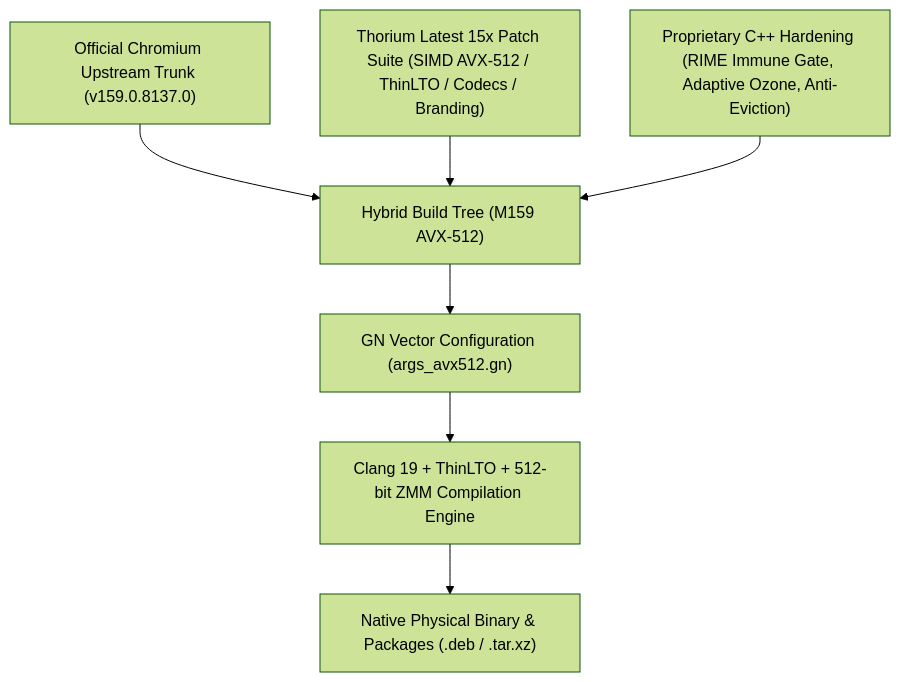
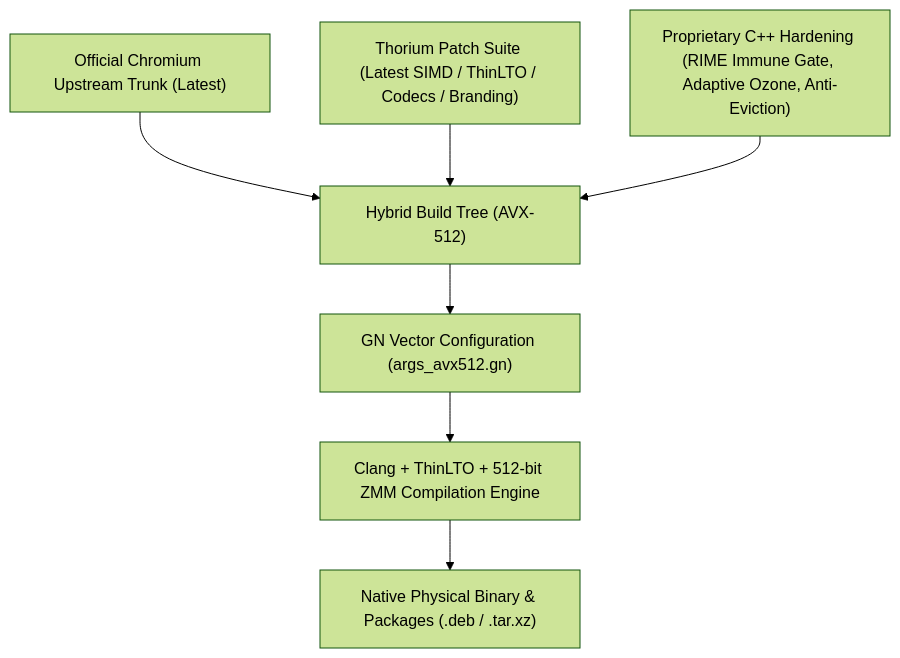
One commit to obhasashare2024-namo/thorium-avx512-rime changed the diagram in README.md. Above: the diagram before and after it, drawn with Mermaid (forest theme). The commit also changed other lines of this file and 2 other files, not shown here.

Commit message:
docs: generalize hybrid compilation description without hardcoded version numbers

````diff
--- a/README.md
+++ b/README.md
@@ -22,9 +26,9 @@
 ```mermaid
 graph TD
-    A["Official Chromium Upstream Trunk (v159.0.8137.0)"] --> D["Hybrid Build Tree (M159 AVX-512)"]
-    B["Thorium Latest 15x Patch Suite (SIMD AVX-512 / ThinLTO / Codecs / Branding)"] --> D
+    A["Official Chromium Upstream Trunk (Latest)"] --> D["Hybrid Build Tree (AVX-512)"]
+    B["Thorium Patch Suite (Latest SIMD / ThinLTO / Codecs / Branding)"] --> D
     C["Proprietary C++ Hardening (RIME Immune Gate, Adaptive Ozone, Anti-Eviction)"] --> D
     D --> E["GN Vector Configuration (args_avx512.gn)"]
-    E --> F["Clang 19 + ThinLTO + 512-bit ZMM Compilation Engine"]
+    E --> F["Clang + ThinLTO + 512-bit ZMM Compilation Engine"]
     F --> G["Native Physical Binary & Packages (.deb / .tar.xz)"]
 ```
````
